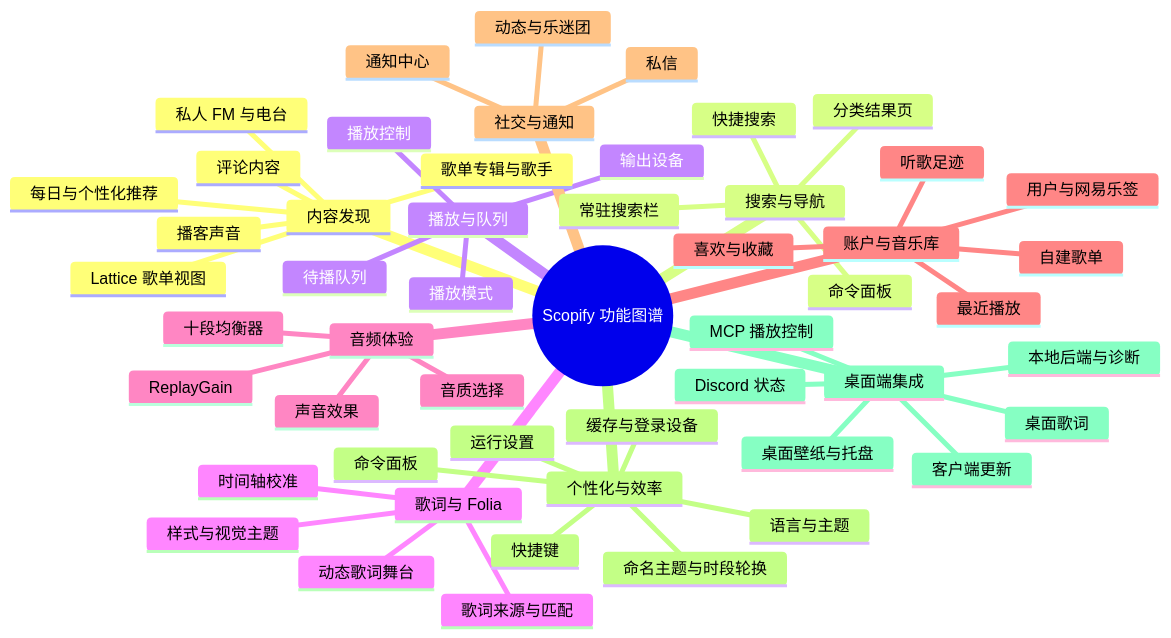
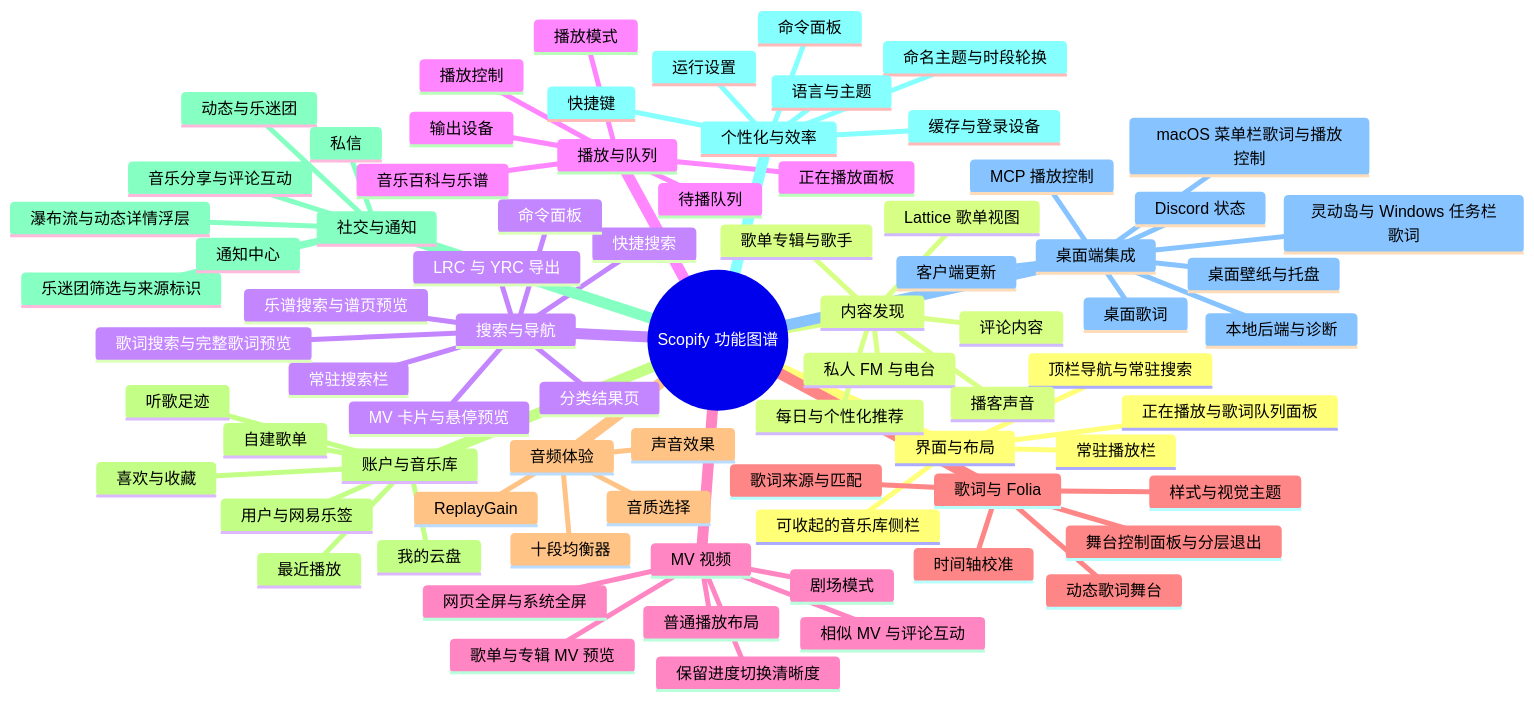
One commit to MT-SUPER-POWER/Scopify changed the diagram in README.md. Above: the diagram before and after it, drawn with Mermaid. The commit also changed 45 other files, not shown here.

First line of the commit message:
docs: 同步产品能力说明与最新客户端截图

````diff
--- a/README.md
+++ b/README.md
@@ -115,55 +115,80 @@
 ```mermaid
 mindmap
   root((Scopify 功能图谱))
+    界面与布局
+      顶栏导航与常驻搜索
+      可收起的音乐库侧栏
+      正在播放与歌词队列面板
+      常驻播放栏
     内容发现
       每日与个性化推荐
       歌单专辑与歌手
       私人 FM 与电台
       播客声音
       评论内容
       Lattice 歌单视图
     搜索与导航
       快捷搜索
       常驻搜索栏
       分类结果页
+      歌词搜索与完整歌词预览
+      LRC 与 YRC 导出
+      乐谱搜索与谱页预览
+      MV 卡片与悬停预览
       命令面板
     播放与队列
       播放控制
       播放模式
       待播队列
+      正在播放面板
       输出设备
+      音乐百科与乐谱
+    MV 视频
+      普通播放布局
+      剧场模式
+      网页全屏与系统全屏
+      保留进度切换清晰度
+      歌单与专辑 MV 预览
+      相似 MV 与评论互动
     歌词与 Folia
       动态歌词舞台
       歌词来源与匹配
       时间轴校准
+      舞台控制面板与分层退出
       样式与视觉主题
     音频体验
       音质选择
       十段均衡器
       ReplayGain
       声音效果
     账户与音乐库
       喜欢与收藏
       最近播放
+      我的云盘
       自建歌单
       听歌足迹
       用户与网易乐签
     社交与通知
       动态与乐迷团
+      乐迷团筛选与来源标识
+      瀑布流与动态详情浮层
+      音乐分享与评论互动
       私信
       通知中心
     个性化与效率
       命名主题与时段轮换
       缓存与登录设备
       语言与主题
       快捷键
       命令面板
       运行设置
     桌面端集成
       桌面歌词
       桌面壁纸与托盘
+      灵动岛与 Windows 任务栏歌词
+      macOS 菜单栏歌词与播放控制
       MCP 播放控制
       Discord 状态
       客户端更新
       本地后端与诊断
 ```
````
